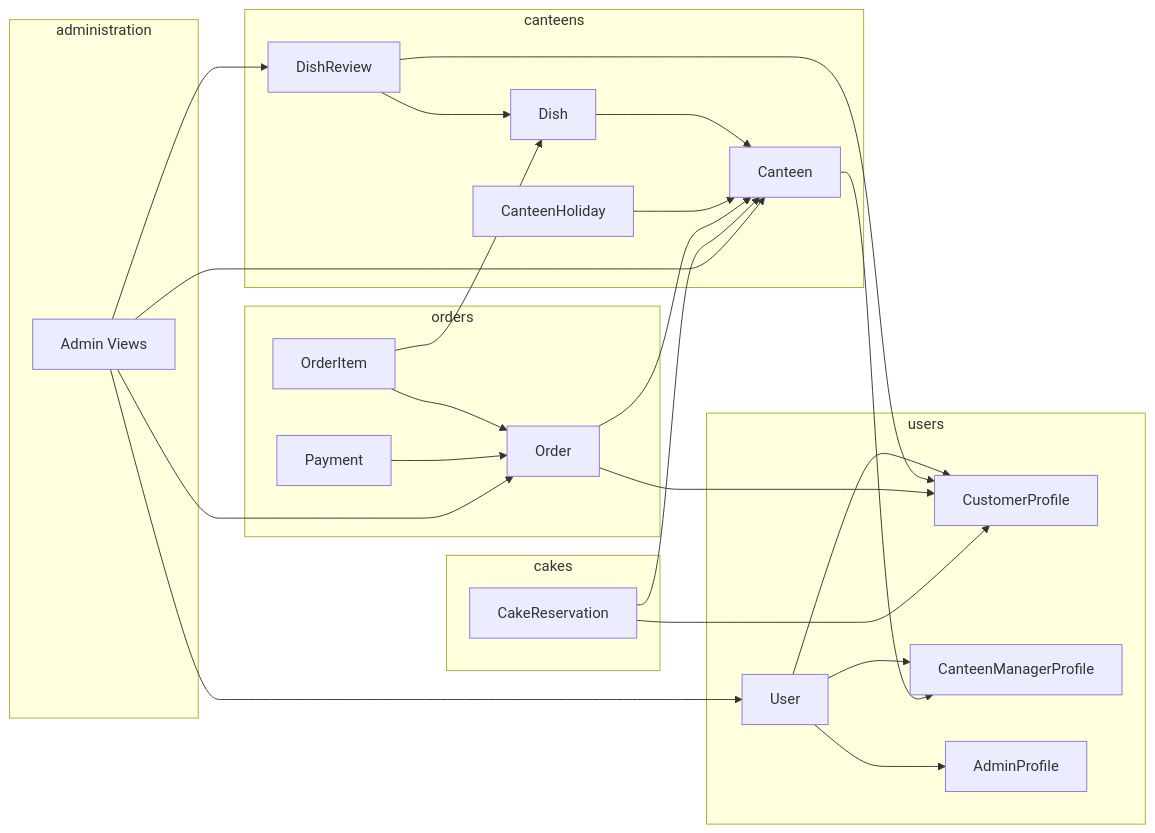
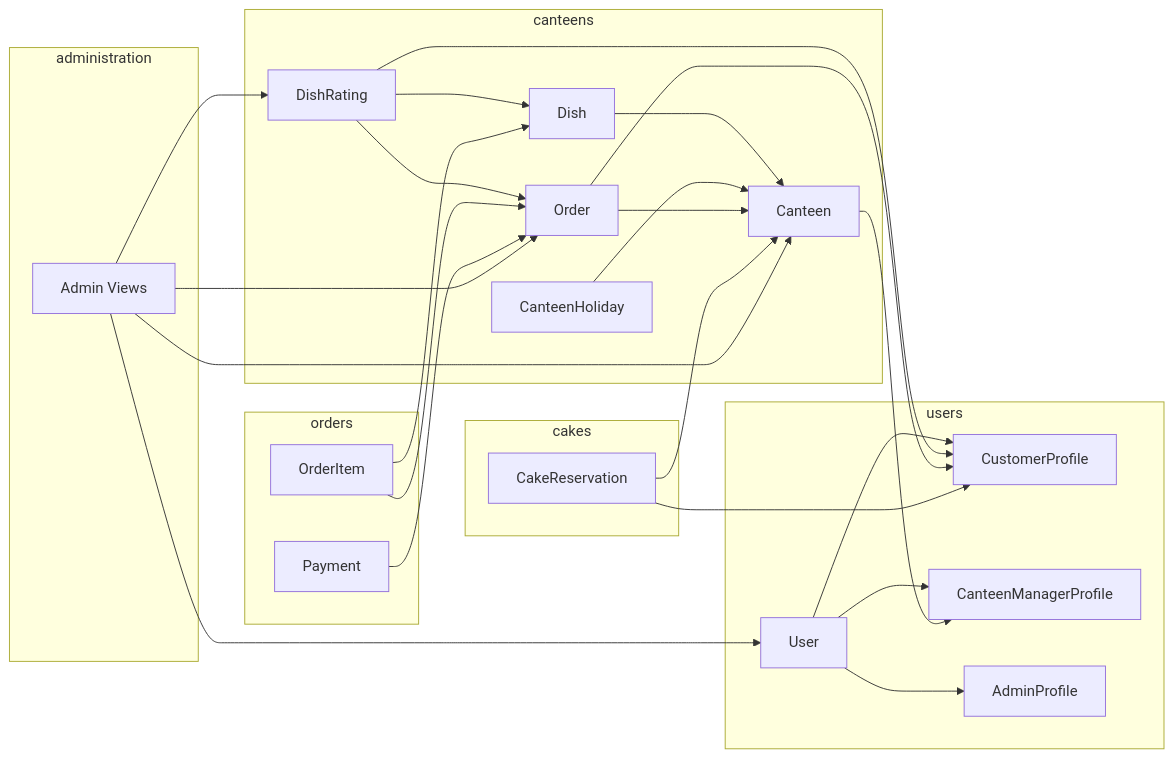
One commit to AG3106/SkipQ changed the diagram in Backend/CONTEXT.md. Above: the diagram before and after it, drawn with Mermaid. The commit also changed other lines of this file and 13 other files, not shown here.

Commit message:
feat: Implement per-dish rating system, replacing order-level reviews with dish-specific ratings and removing text review functionality.

````diff
--- a/Backend/CONTEXT.md
+++ b/Backend/CONTEXT.md
@@ -428,32 +427,33 @@
 ```mermaid
 graph LR
     subgraph users
         U[User] --> CP[CustomerProfile]
         U --> MP[CanteenManagerProfile]
         U --> AP[AdminProfile]
     end
     subgraph canteens
         C[Canteen] --> MP
         D[Dish] --> C
-        DR[DishReview] --> D
+        DR[DishRating] --> D
         DR --> CP
+        DR --> O
         CH[CanteenHoliday] --> C
     end
     subgraph orders
         O[Order] --> CP
         O --> C
         OI[OrderItem] --> O
         OI --> D
         P[Payment] --> O
     end
     subgraph cakes
         CR[CakeReservation] --> CP
         CR --> C
     end
     subgraph administration
         Admin[Admin Views] --> U
         Admin --> C
         Admin --> O
         Admin --> DR
     end
 ```
````
